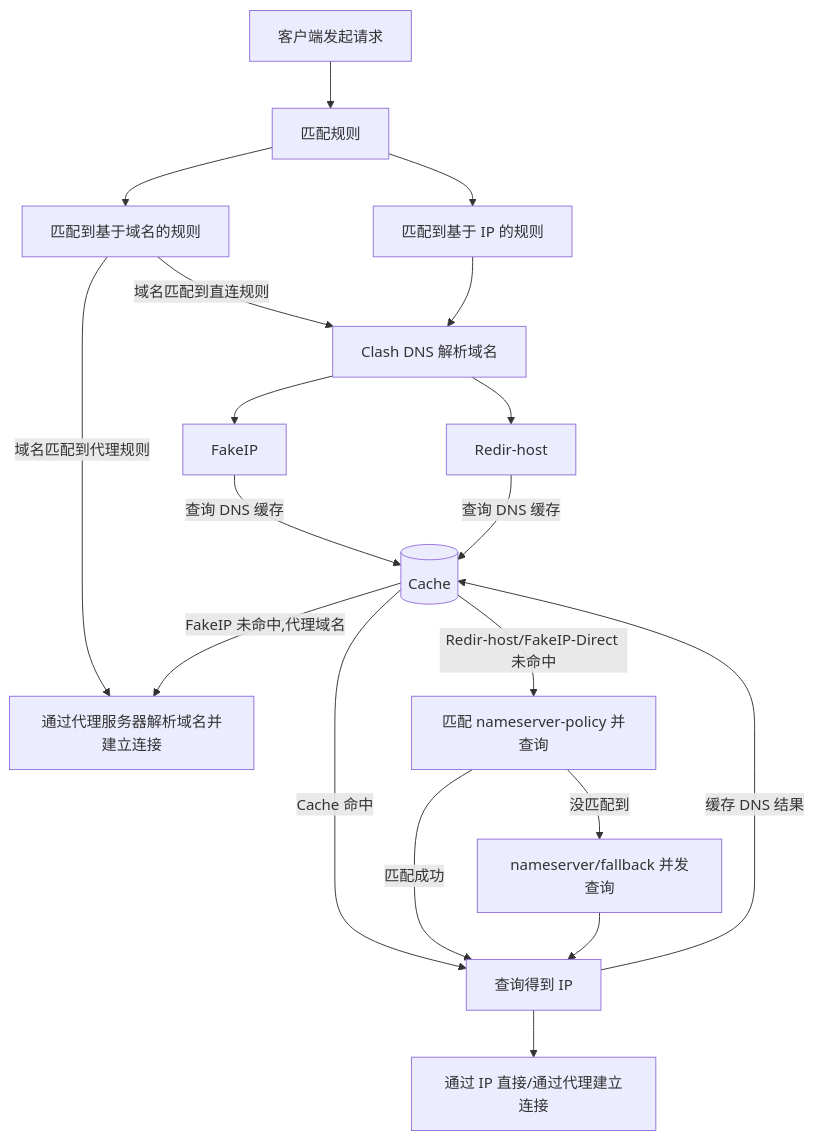
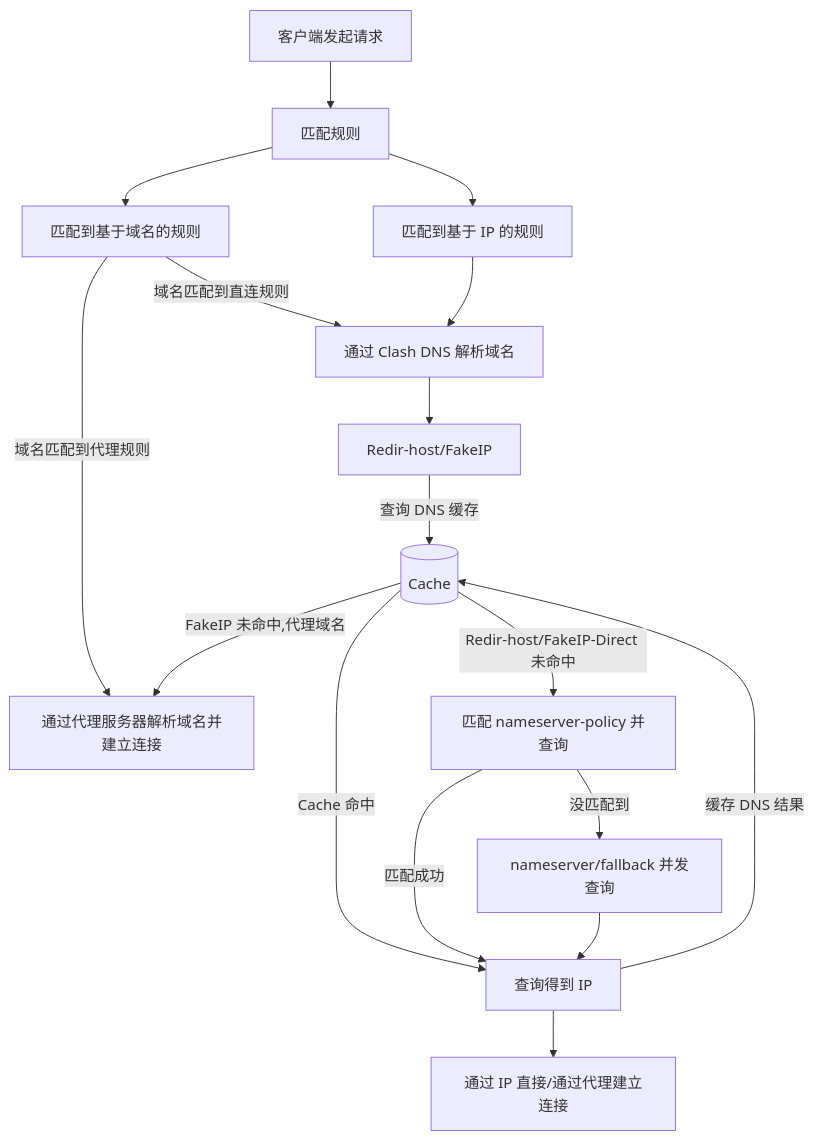
The diagram in docs/config/dns/diagram.md (MetaCubeX/Meta-Docs), drawn with Mermaid before and after one commit.

````diff
--- a/docs/config/dns/diagram.md
+++ b/docs/config/dns/diagram.md
@@ -27,30 +26,29 @@
 ```mermaid
 flowchart TD
   Start[客户端发起请求] --> rule[匹配规则]
   rule -->  Domain[匹配到基于域名的规则]
   rule --> IP[匹配到基于 IP 的规则]
 
   Domain --> |域名匹配到直连规则|DNS
-  IP --> DNS[Clash DNS 解析域名]
+  IP --> DNS[通过 Clash DNS 解析域名]
 
 
   Domain --> |域名匹配到代理规则|Remote[通过代理服务器解析域名并建立连接]
 
   Cache --> |Redir-host/FakeIP-Direct 未命中|NS[匹配 nameserver-policy 并查询 ]
   Cache --> |Cache 命中|Get
   Cache --> |FakeIP 未命中,代理域名|Remote
 
   NS --> |匹配成功| Get[将查询到的 IP 用于匹配 IP 规则]
   NS --> |没匹配到| NF[nameserver/fallback 并发查询]
 
   NF --> Get[查询得到 IP]
   Get --> |缓存 DNS 结果|Cache[(Cache)]
   Get --> S[通过 IP 直接/通过代理建立连接]
 
-  DNS --> Redir-host
-  DNS --> FakeIP
-  FakeIP --> |查询 DNS 缓存|Cache
-  Redir-host --> |查询 DNS 缓存| Cache
+  DNS --> Redir-host/FakeIP
+  Redir-host/FakeIP --> |查询 DNS 缓存|Cache
+
 
 
 ```
````
